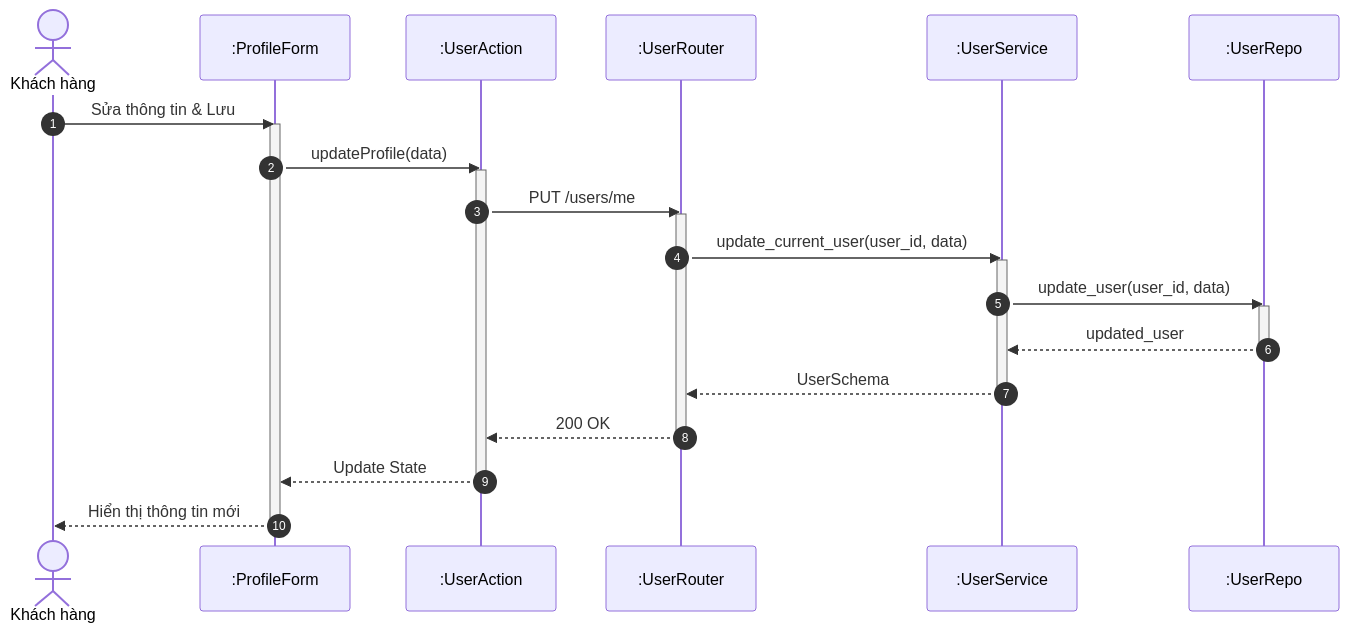
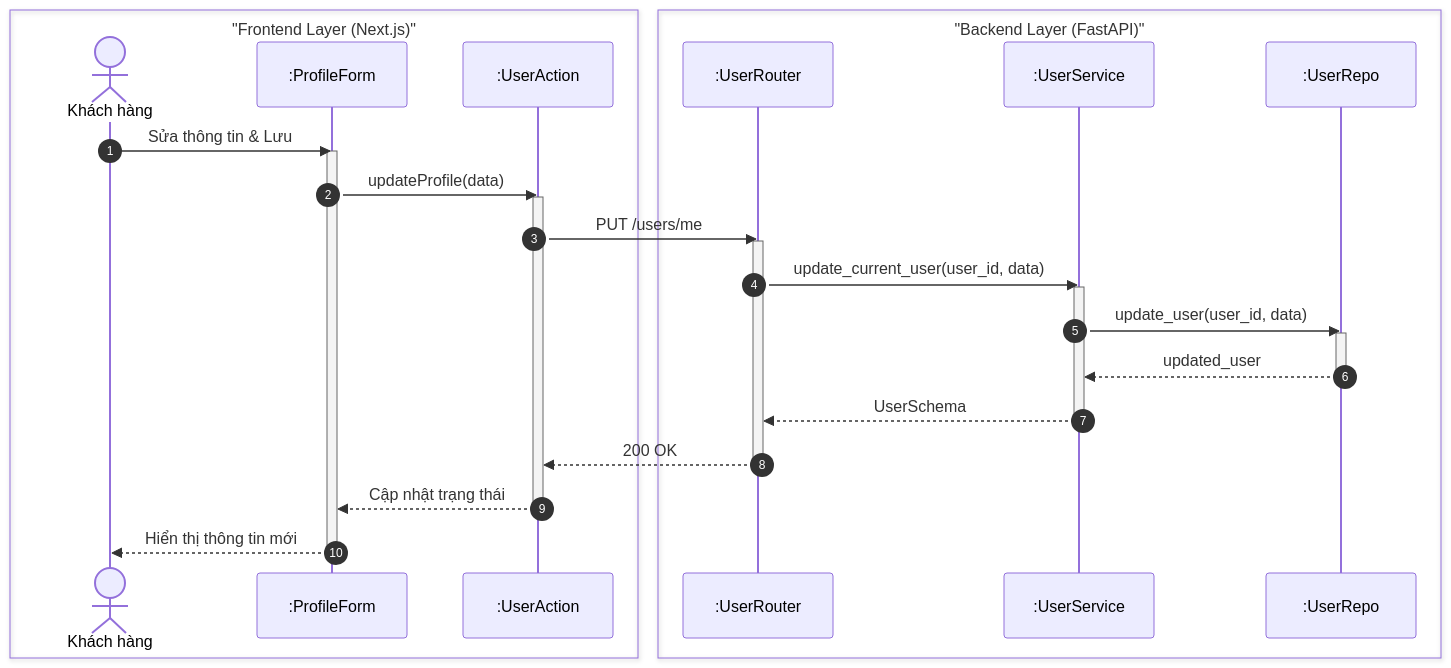
One commit to ngoctinn/Synapse changed the seventh of 8 diagrams in docs/design/sequences/authentication.md. Above: the diagram before and after it, drawn with Mermaid. The commit also changed other lines of this file and 4 other files, not shown here.

Commit message:
docs: Add initial sequence diagrams for authentication, customer, technician, receptionist, and admin flows.

````diff
--- a/docs/design/sequences/authentication.md
+++ b/docs/design/sequences/authentication.md
@@ -329,38 +359,43 @@
 ```mermaid
 sequenceDiagram
     autonumber
-    actor KH as Khách hàng
-    participant UI as :ProfileForm
-    participant BFF as :UserAction
-    participant API as :UserRouter
-    participant S as :UserService
-    participant DB as :UserRepo
+    box "Frontend Layer (Next.js)"
+        actor KH as Khách hàng
+        participant UI as :ProfileForm
+        participant BFF as :UserAction
+    end
+
+    box "Backend Layer (FastAPI)"
+        participant API as :UserRouter
+        participant S as :UserService
+        participant DB as :UserRepo
+    end
 
     KH->>UI: Sửa thông tin & Lưu
     activate UI
     UI->>BFF: updateProfile(data)
     activate BFF
 
     BFF->>API: PUT /users/me
     activate API
 
     API->>S: update_current_user(user_id, data)
     activate S
 
     S->>DB: update_user(user_id, data)
     activate DB
     DB-->>S: updated_user
     deactivate DB
 
     S-->>API: UserSchema
     deactivate S
 
     API-->>BFF: 200 OK
     deactivate API
 
-    BFF-->>UI: Update State
+    BFF-->>UI: Cập nhật trạng thái
     deactivate BFF
 
     UI-->>KH: Hiển thị thông tin mới
     deactivate UI
 ```
````
